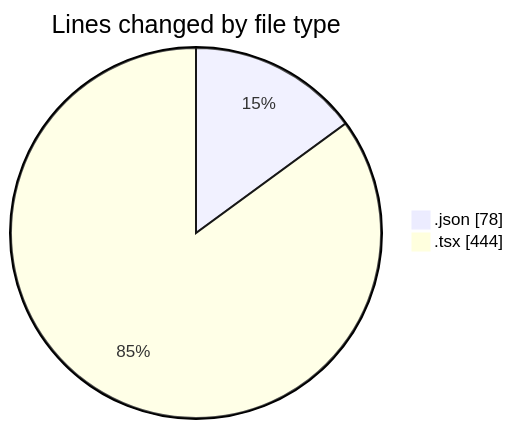
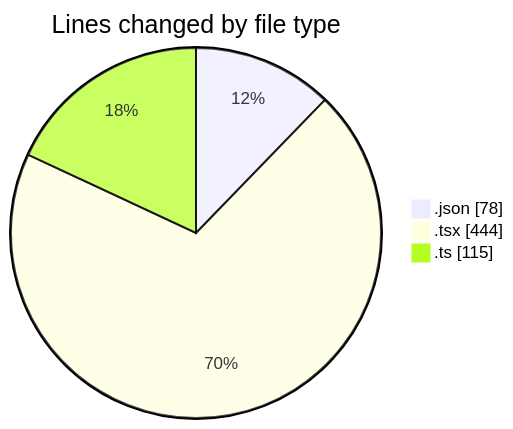
Before and after one commit to momahboobian/code-tracking: the first of 2 diagrams in 2026-10-22/cda/README.md, drawn with Mermaid. The commit also changed other lines of this file and 1 other file, not shown here.

````diff
--- a/2026-10-22/cda/README.md
+++ b/2026-10-22/cda/README.md
@@ -21,6 +23,7 @@
 ```mermaid
 pie showData
 title Lines changed by file type
 ".json" : 78
 ".tsx" : 444
+".ts" : 115
 ```
````
